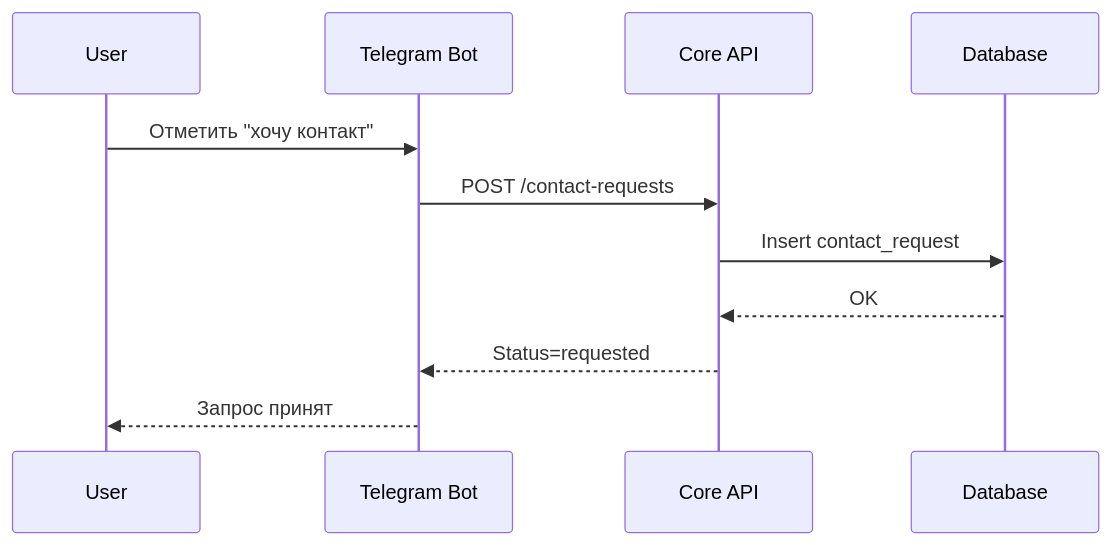
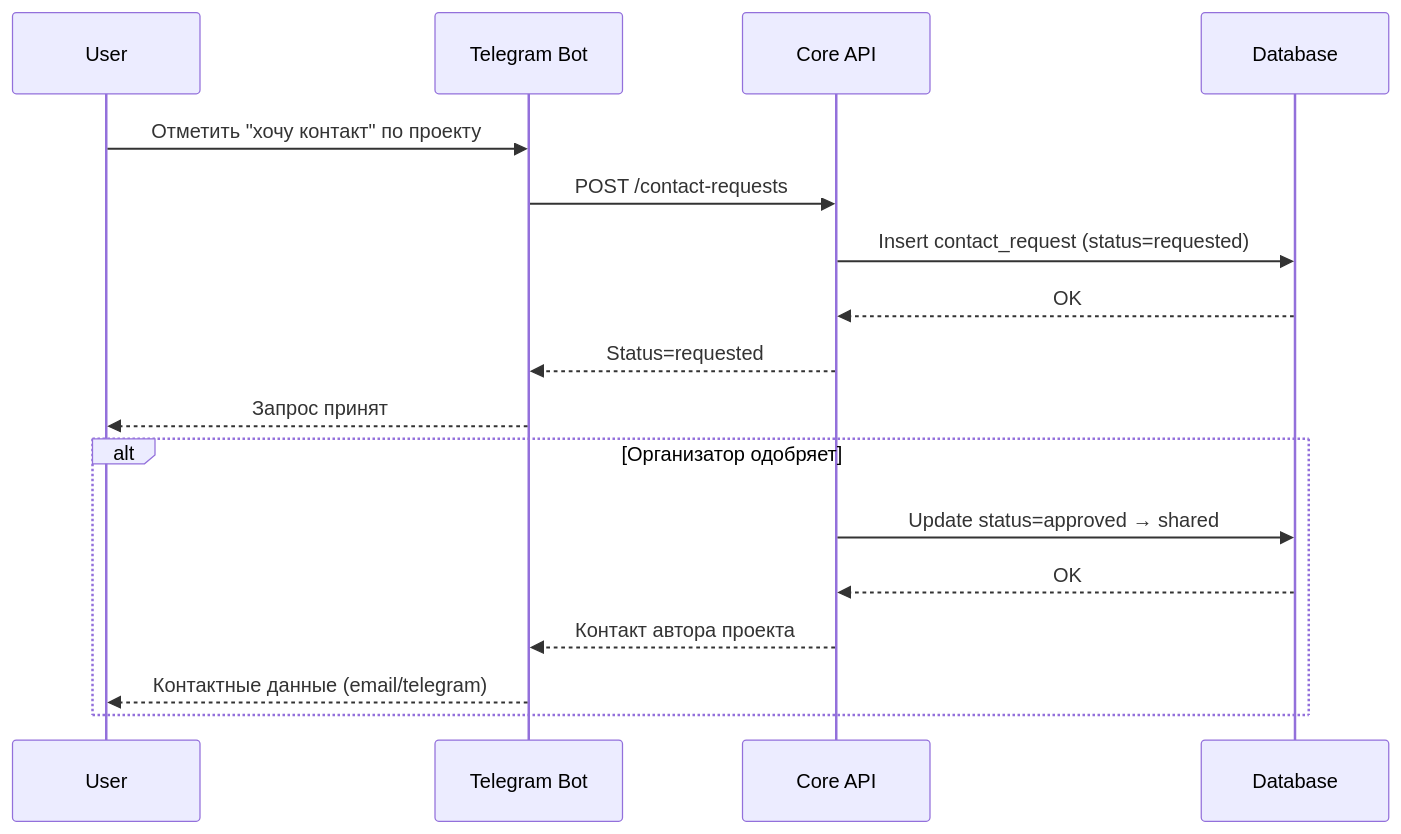
The fifth of 8 diagrams in docs/02-specification/09-sequence-diagrams.md (demoday-ai/eventai-platform), drawn with Mermaid before and after one commit. The commit also changed other lines of this file and 7 other files, not shown here.

````diff
--- a/docs/02-specification/09-sequence-diagrams.md
+++ b/docs/02-specification/09-sequence-diagrams.md
@@ -172,14 +201,21 @@
 ```mermaid
 sequenceDiagram
     participant U as User
     participant B as Telegram Bot
     participant A as Core API
     participant D as Database
 
-    U->>B: Отметить "хочу контакт"
+    U->>B: Отметить "хочу контакт" по проекту
     B->>A: POST /contact-requests
-    A->>D: Insert contact_request
+    A->>D: Insert contact_request (status=requested)
     D-->>A: OK
     A-->>B: Status=requested
     B-->>U: Запрос принят
+
+    alt Организатор одобряет
+        A->>D: Update status=approved → shared
+        D-->>A: OK
+        A-->>B: Контакт автора проекта
+        B-->>U: Контактные данные (email/telegram)
+    end
 ```
````
